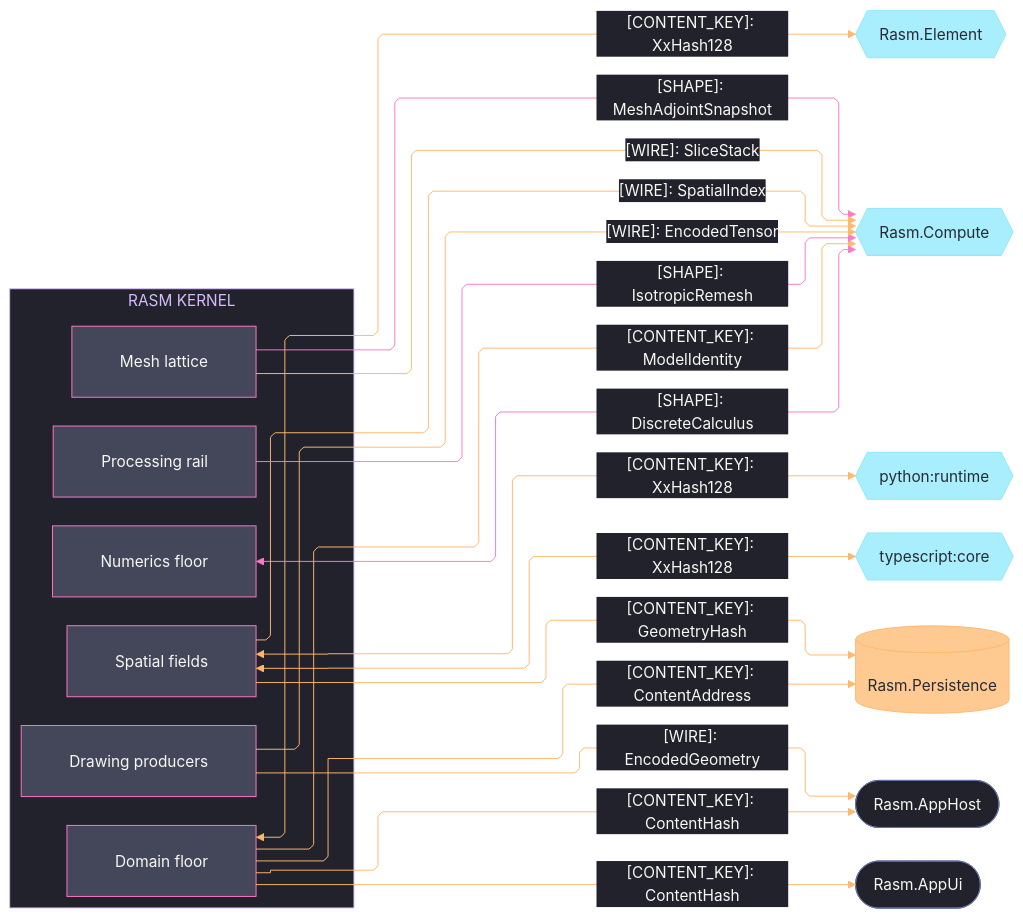
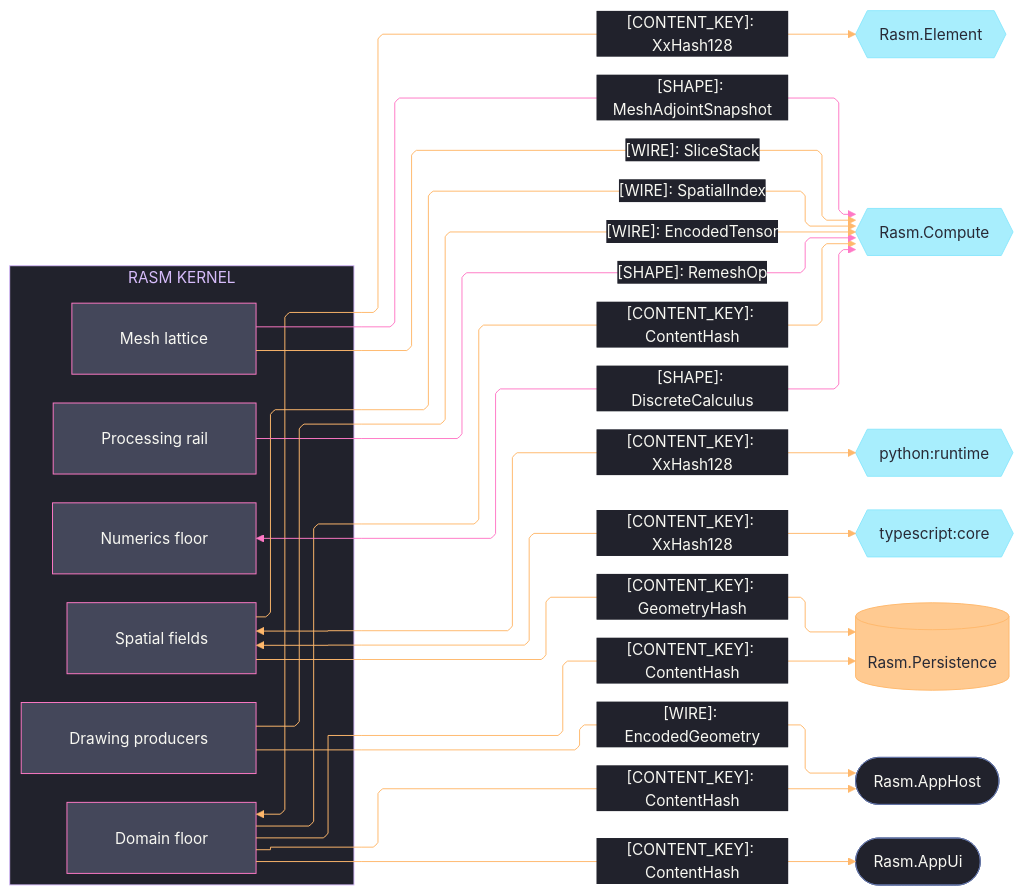
The second of 4 diagrams in libs/csharp/Rasm/ARCHITECTURE.md (bsamiee/Rasm), drawn with Mermaid before and after one commit. The commit also changed other lines of this file and 24 other files, not shown here.

Commit message:
architecture: seam registries + codemaps aligned across the estate (worker fabric edges, scene rows, csharp/ts seam mirrors)

````diff
--- a/libs/csharp/Rasm/ARCHITECTURE.md
+++ b/libs/csharp/Rasm/ARCHITECTURE.md
@@ -84,73 +166,73 @@
 ```mermaid
 ---
 config:
   theme: base
   look: classic
   layout: elk
   flowchart:
     curve: linear
     padding: 25
   themeVariables:
     darkMode: true
     fontFamily: "SF Mono, Menlo, Cascadia Mono, Segoe UI Mono, Consolas, monospace"
     useGradient: false
     dropShadow: "none"
     background: "#282A36"
     primaryColor: "#44475A"
     primaryTextColor: "#F8F8F2"
     primaryBorderColor: "#BD93F9"
     lineColor: "#FF79C6"
     textColor: "#F8F8F2"
     clusterBkg: "#21222C"
     clusterBorder: "#D6BCFA"
     edgeLabelBackground: "#21222C"
     labelBackgroundColor: "#21222C"
     titleColor: "#D6BCFA"
   themeCSS: ".nodeLabel{font-size:13px;font-weight:500}.edgeLabel{font-size:12px;font-weight:500}.cluster-label .nodeLabel{font-size:13.5px;font-weight:700;letter-spacing:.08em}.edge-thickness-normal{stroke-width:2px}.edge-thickness-thick{stroke-width:3px}.edge-pattern-dashed,.edge-pattern-dotted{stroke-width:1.5px;stroke-dasharray:4 6}.node rect,.node circle,.node polygon,.node path,.node .outer-path{stroke-width:1.5px;filter:none!important}.cluster rect{stroke-width:1px!important;stroke-dasharray:5 4!important;filter:none!important}.marker path{transform:scale(.8);transform-origin:5px 5px}.marker circle{transform:scale(.48);transform-origin:5px 5px}.edgeLabel rect{transform-box:fill-box;transform-origin:center;transform:scale(1.1,1.2)}"
 ---
 flowchart LR
     accTitle: Kernel content-key and compute-plane seams
     accDescr: Kernel sub-domain owners federating content keys and exchanging compute wires with the element, persistence, compute, app-host, app-shell, and the Python and TypeScript peers, edge rails colored by kind and nodes classed by seam direction.
     subgraph rasm[RASM KERNEL]
         Domain[Domain floor]
         Numerics[Numerics floor]
         Spatial[Spatial fields]
         Meshing[Mesh lattice]
         Processing[Processing rail]
         Drawing[Drawing producers]
     end
     Element{{Rasm.Element}}
     Compute{{Rasm.Compute}}
     Runtime{{python:runtime}}
     Core{{typescript:core}}
     Persistence[(Rasm.Persistence)]
     AppHost([Rasm.AppHost])
     AppUi([Rasm.AppUi])
     Domain e1@<-->|"[CONTENT_KEY]: XxHash128"| Element
-    Domain e2@-->|"[CONTENT_KEY]: ContentAddress"| Persistence
-    Domain e3@-->|"[CONTENT_KEY]: ModelIdentity"| Compute
+    Domain e2@-->|"[CONTENT_KEY]: ContentHash"| Persistence
+    Domain e3@-->|"[CONTENT_KEY]: ContentHash"| Compute
     Domain e4@-->|"[CONTENT_KEY]: ContentHash"| AppHost
     Domain e5@-->|"[CONTENT_KEY]: ContentHash"| AppUi
     Spatial e6@-->|"[CONTENT_KEY]: GeometryHash"| Persistence
     Spatial e7@<-->|"[CONTENT_KEY]: XxHash128"| Runtime
     Spatial e8@<-->|"[CONTENT_KEY]: XxHash128"| Core
     Numerics e9@<-->|"[SHAPE]: DiscreteCalculus"| Compute
     Meshing e10@-->|"[SHAPE]: MeshAdjointSnapshot"| Compute
     Meshing e11@-->|"[WIRE]: SliceStack"| Compute
     Spatial e12@-->|"[WIRE]: SpatialIndex"| Compute
-    Processing e13@-->|"[SHAPE]: IsotropicRemesh"| Compute
+    Processing e13@-->|"[SHAPE]: RemeshOp"| Compute
     Drawing e14@-->|"[WIRE]: EncodedTensor"| Compute
     Drawing e15@-->|"[WIRE]: EncodedGeometry"| AppHost
     classDef primary fill:#44475A,stroke:#FF79C6,color:#F8F8F2
     classDef external fill:#8BE9FDBF,stroke:#8BE9FD,color:#282A36
     classDef data fill:#FFB86CBF,stroke:#FFB86C,color:#282A36
     classDef annotation fill:#21222C,stroke:#6272A4,color:#F8F8F2
     classDef edgeData stroke:#FFB86C,color:#F8F8F2
     classDef edgeControl stroke:#FF79C6,color:#F8F8F2
     class Domain,Numerics,Spatial,Meshing,Processing,Drawing primary
     class Element,Compute,Runtime,Core external
     class Persistence data
     class AppHost,AppUi annotation
     class e1,e2,e3,e4,e5,e6,e7,e8,e11,e12,e14,e15 edgeData
     class e9,e10,e13 edgeControl
 ```
````
